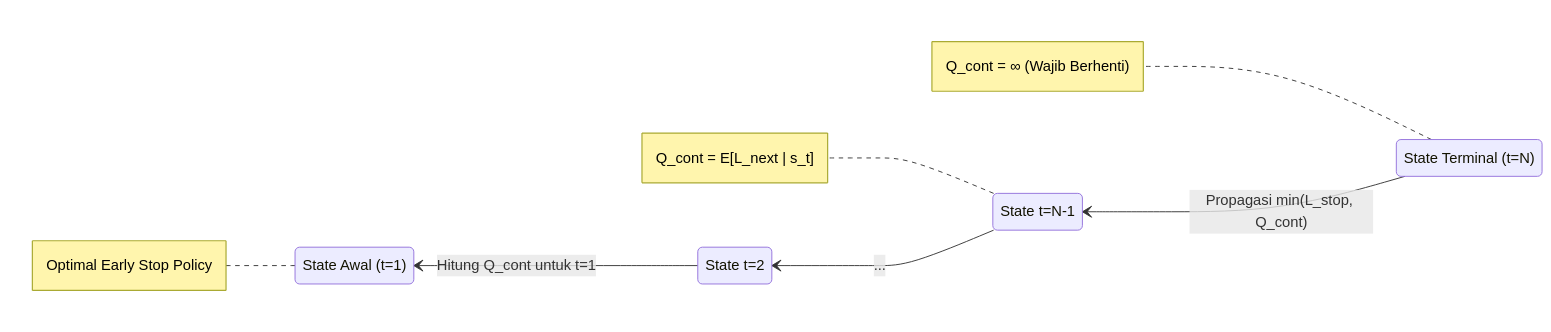
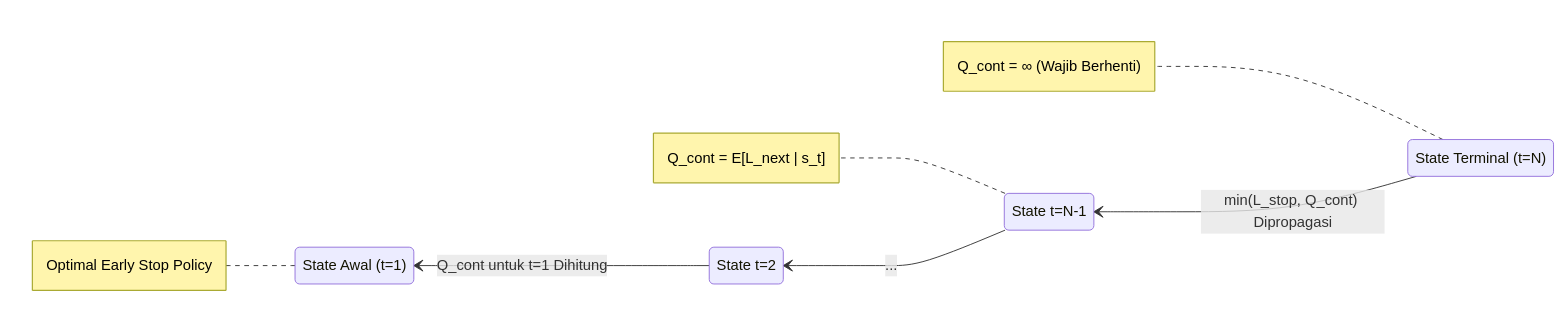
One commit to eLsann/EDAV changed the second of 2 diagrams in README.md. Above: the diagram before and after it, drawn with Mermaid. The commit also changed other lines of this file, not shown here.

````diff
--- a/README.md
+++ b/README.md
@@ -53,16 +53,16 @@
 ```mermaid
 stateDiagram-v2
     direction RL
     state "State Terminal (t=N)" as N
     state "State t=N-1" as N1
     state "State t=2" as T2
     state "State Awal (t=1)" as T1
 
-    N --> N1 : Propagasi min(L_stop, Q_cont)
+    N --> N1 : min(L_stop, Q_cont) Dipropagasi
     N1 --> T2 : ...
-    T2 --> T1 : Hitung Q_cont untuk t=1
+    T2 --> T1 : Q_cont untuk t=1 Dihitung
     
     note right of N: Q_cont = ∞ (Wajib Berhenti)
     note right of N1: Q_cont = E[L_next | s_t]
     note right of T1: Optimal Early Stop Policy
 ```
````
